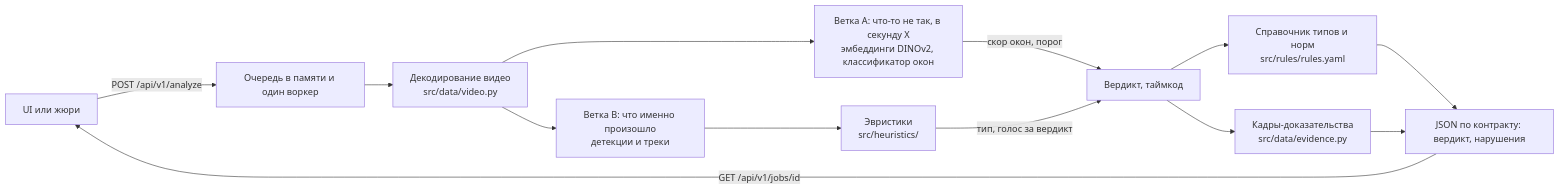
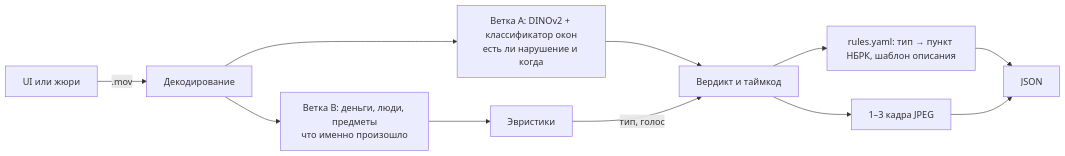
Before and after one commit to M1kado0/forte-datathon: the diagram in README.md, drawn with Mermaid. The commit also changed other lines of this file and 2 other files, not shown here.

````diff
--- a/README.md
+++ b/README.md
@@ -142,15 +88,13 @@
 ```mermaid
 flowchart LR
-    U["UI или жюри"] -->|POST /api/v1/analyze| Q["Очередь в памяти и один воркер"]
-    Q --> V["Декодирование видео<br/>src/data/video.py"]
-    V --> A["Ветка A: что-то не так, в секунду X<br/>эмбеддинги DINOv2, классификатор окон"]
-    V --> B["Ветка B: что именно произошло<br/>детекции и треки"]
-    B --> H["Эвристики<br/>src/heuristics/"]
-    A -->|скор окон, порог| M["Вердикт, таймкод"]
-    H -->|тип, голос за вердикт| M
-    M --> R["Справочник типов и норм<br/>src/rules/rules.yaml"]
-    M --> E["Кадры-доказательства<br/>src/data/evidence.py"]
-    R --> O["JSON по контракту: вердикт, нарушения"]
+    U["UI или жюри"] -->|.mov| V["Декодирование"]
+    V --> A["Ветка A: DINOv2 + классификатор окон<br/>есть ли нарушение и когда"]
+    V --> B["Ветка B: деньги, люди, предметы<br/>что именно произошло"]
+    B --> H["Эвристики"]
+    A --> M["Вердикт и таймкод"]
+    H -->|тип, голос| M
+    M --> R["rules.yaml: тип → пункт НБРК, шаблон описания"]
+    M --> E["1–3 кадра JPEG"]
+    R --> O["JSON"]
     E --> O
-    O -->|GET /api/v1/jobs/id| U
 ```
````
